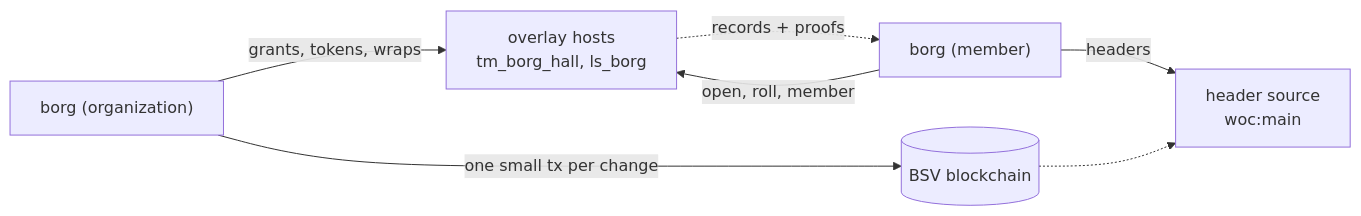
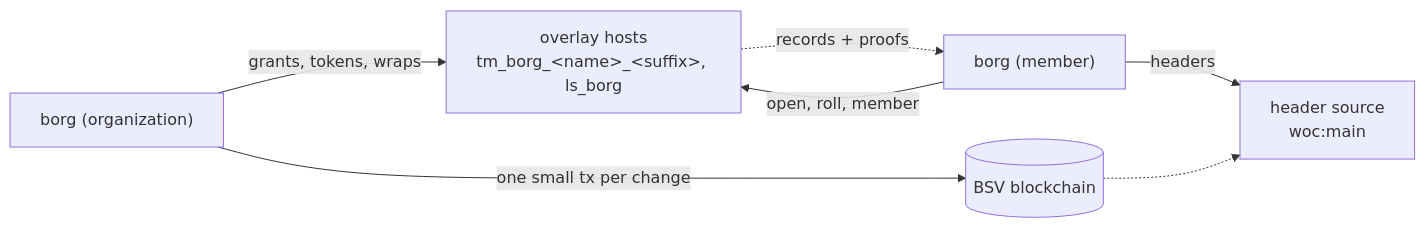
The diagram in README.md (lightwebinc/borg), drawn with Mermaid before and after one commit. The commit also changed 3 other files, not shown here.

````diff
--- a/README.md
+++ b/README.md
@@ -22,9 +22,9 @@
 ```mermaid
 flowchart LR
-  O["borg (organization)"] -->|"grants, tokens, wraps"| H["overlay hosts<br/>tm_borg_hall, ls_borg"]
+  O["borg (organization)"] -->|"grants, tokens, wraps"| H["overlay hosts<br/>tm_borg_&lt;name&gt;_&lt;suffix&gt;, ls_borg"]
   O -->|"one small tx per change"| B[("BSV blockchain")]
   M["borg (member)"] -->|"open, roll, member"| H
   M -->|headers| S["header source<br/>woc:main"]
   B -.-> S
   H -. "records + proofs" .-> M
 ```
````
